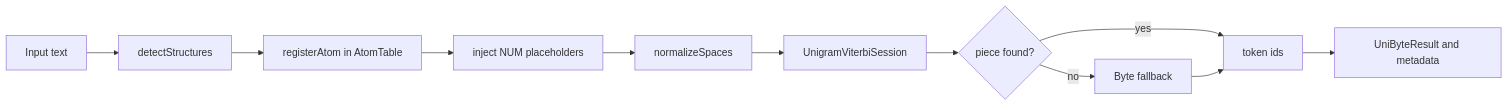
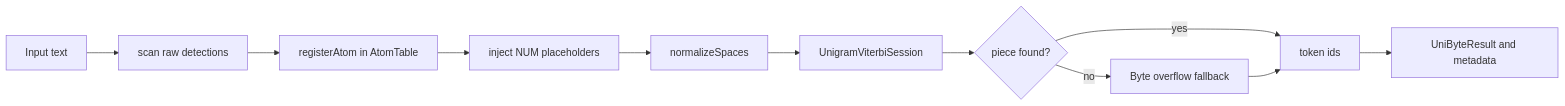
Before and after one commit to Reaper3825/G.R.I.M: the second of 3 diagrams in resources/models/GRIM-text/Shared/UnigramByte/UnigramByte.codoc.md, drawn with Mermaid. The commit also changed other lines of this file and 21 other files, not shown here.

````diff
--- a/resources/models/GRIM-text/Shared/UnigramByte/UnigramByte.codoc.md
+++ b/resources/models/GRIM-text/Shared/UnigramByte/UnigramByte.codoc.md
@@ -124,13 +137,13 @@
 ```mermaid
 flowchart LR
-    IN[Input text] --> DET[detectStructures]
+   IN[Input text] --> DET[scan raw detections]
     DET --> REG[registerAtom in AtomTable]
     REG --> INJ[inject NUM placeholders]
     INJ --> NORM[normalizeSpaces]
    NORM --> SEG[UnigramViterbiSession]
     SEG --> FB{piece found?}
     FB -->|yes| TOK[token ids]
-    FB -->|no| BY[Byte fallback]
+   FB -->|no| BY[Byte overflow fallback]
     BY --> TOK
     TOK --> OUT[UniByteResult and metadata]
 ```
````
